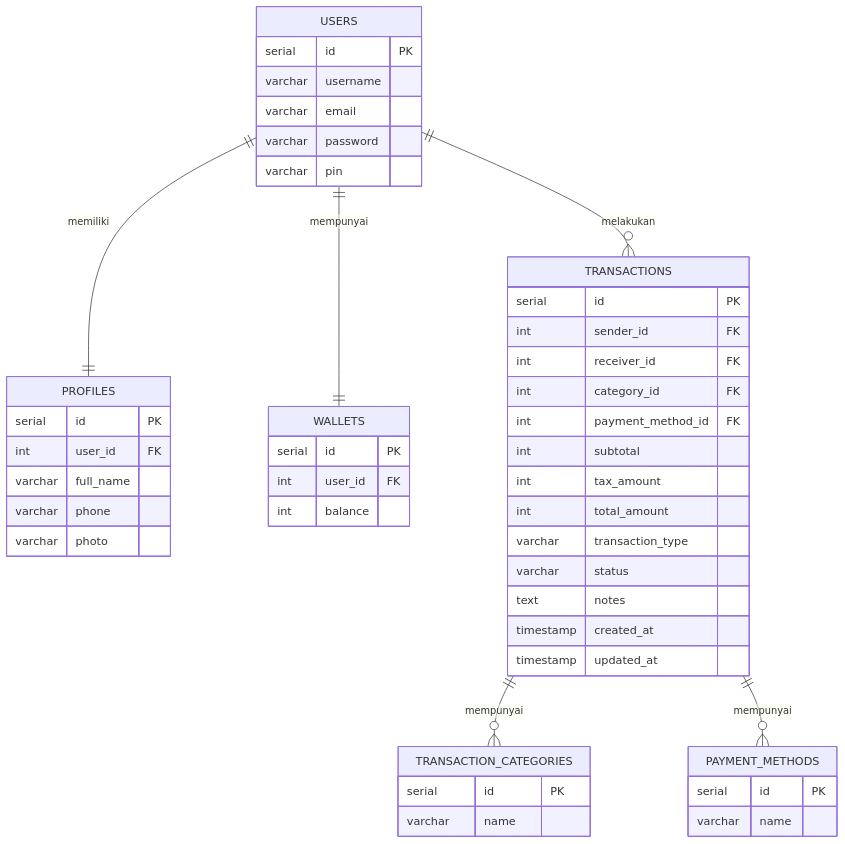
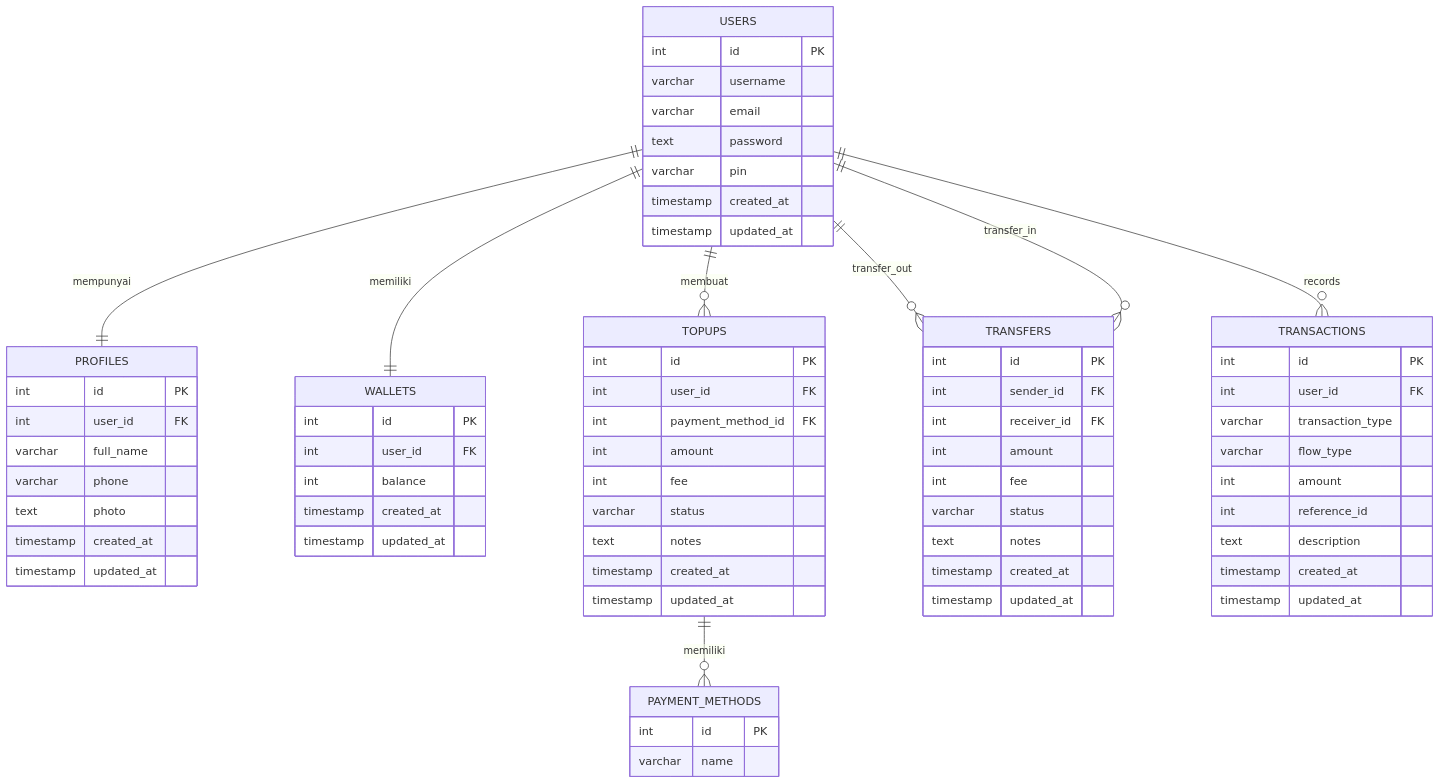
The diagram in README.md (aqilknz/koda-b7-db), drawn with Mermaid before and after one commit.

Commit message:
docs: update revisi ERD for e-wallet

````diff
--- a/README.md
+++ b/README.md
@@ -1,57 +1,82 @@
 ```mermaid
 erDiagram
-    USERS ||--|| PROFILES : "memiliki"
-    USERS ||--|| WALLETS : "mempunyai"
-    USERS ||--o{ TRANSACTIONS : "melakukan"
-    TRANSACTIONS  ||--o{ TRANSACTION_CATEGORIES : "mempunyai"
-    TRANSACTIONS ||--o{ PAYMENT_METHODS : "mempunyai"
-
     USERS {
-        serial id PK
-        varchar username
-        varchar email
-        varchar password
+        int id PK
+        varchar username 
+        varchar email 
+        text password
         varchar pin
+        timestamp created_at
+        timestamp updated_at
     }
 
     PROFILES {
-        serial id PK
+        int id PK
         int user_id FK
         varchar full_name
         varchar phone
-        varchar photo
+        text photo
+        timestamp created_at
+        timestamp updated_at
     }
 
     WALLETS {
-        serial id PK
+        int id PK
         int user_id FK
         int balance
-    }
-
-    TRANSACTION_CATEGORIES {
-        serial id PK
-        varchar name
+        timestamp created_at
+        timestamp updated_at
     }
 
     PAYMENT_METHODS {
-        serial id PK
-        varchar name
+        int id PK
+        varchar name 
     }
 
-    TRANSACTIONS {
-        serial id PK
-        int sender_id FK
-        int receiver_id FK
-        int category_id FK
+    TOPUPS {
+        int id PK
+        int user_id FK
         int payment_method_id FK
-        int subtotal 
-        int tax_amount 
-        int total_amount
-        varchar transaction_type
+        int amount
+        int fee
         varchar status
         text notes
         timestamp created_at
         timestamp updated_at
     }
 
+    TRANSFERS {
+        int id PK
+        int sender_id FK
+        int receiver_id FK
+        int amount
+        int fee
+        varchar status
+        text notes
+        timestamp created_at
+        timestamp updated_at
+    }
+
+    TRANSACTIONS {
+        int id PK
+        int user_id FK
+        varchar transaction_type
+        varchar flow_type
+        int amount
+        int reference_id
+        text description
+        timestamp created_at
+        timestamp updated_at
+    }
+
+    USERS ||--|| PROFILES : mempunyai
+    USERS ||--|| WALLETS : memiliki
+
+    USERS ||--o{ TOPUPS : membuat
+    TOPUPS ||--o{ PAYMENT_METHODS : memiliki
+    
+    USERS ||--o{ TRANSFERS : transfer_out
+    USERS ||--o{ TRANSFERS : transfer_in
+    
+    USERS ||--o{ TRANSACTIONS : records
 ```
````
